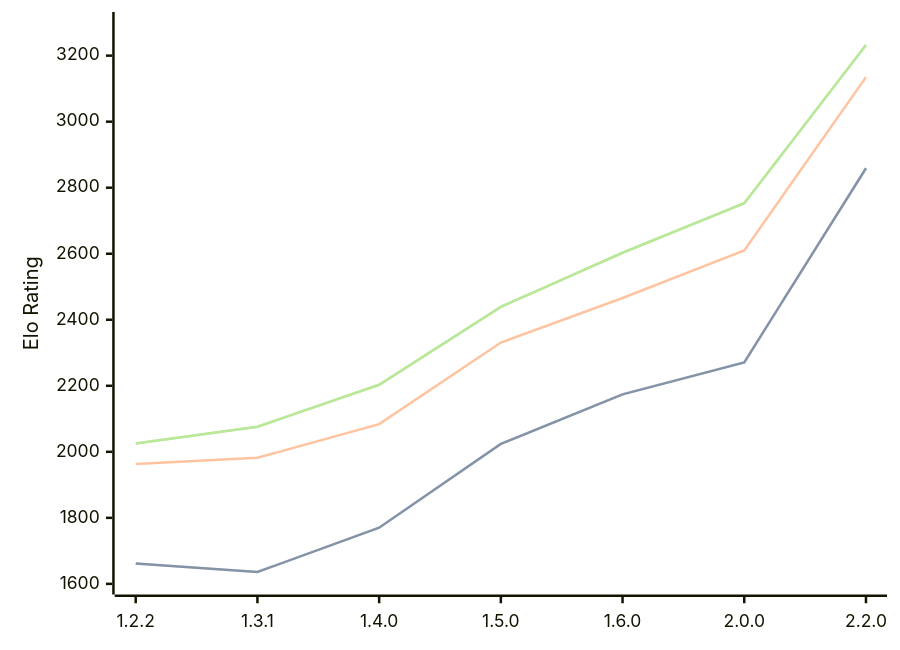
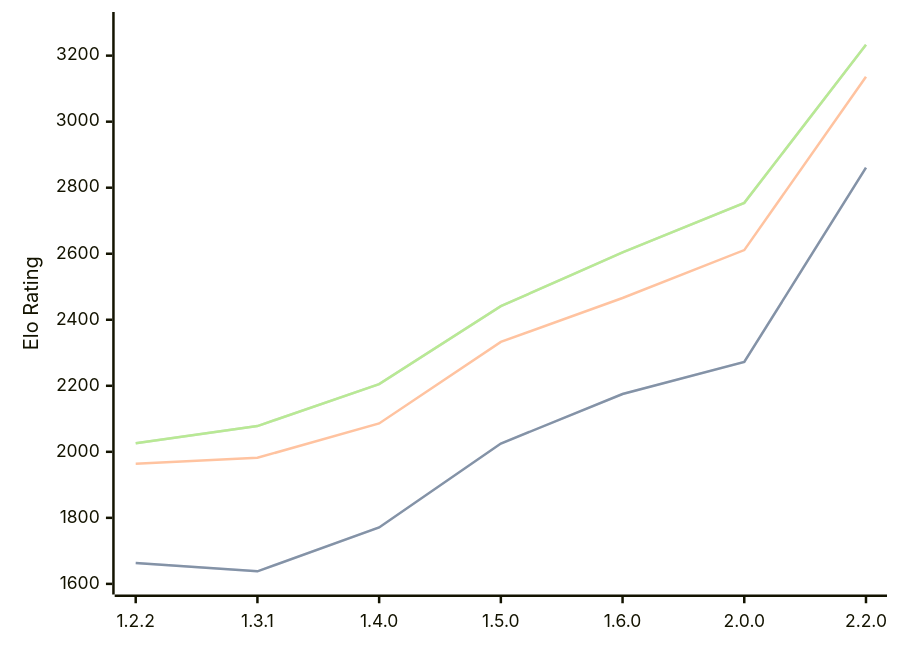
The diagram in engines/SoloEngine.md (computer-chess-index/cci), drawn with Mermaid before and after one commit. The commit also changed other lines of this file, not shown here.

Commit message:
Update CCI Ratings (ELO VLTC) - 2026-08-26

````diff
--- a/engines/SoloEngine.md
+++ b/engines/SoloEngine.md
@@ -38,11 +38,11 @@
 ```mermaid
 %%{init: {"theme":"base","themeVariables":{"seriesColors:['#a3a3a3','#222221','#faa371']}}}%%
 xychart-beta
   x-axis ["1.2.2", "1.3.1", "1.4.0", "1.5.0", "1.6.0", "2.0.0", "2.2.0"]
   y-axis "Elo Rating" 1600 --> 3300
-  line "STC (8.0+0.08s)" [1662, 1636, 1770, 2024, 2174, 2271, 2859]
-  line "STC (8.0+0.08s)" [1662, 1636, 1770, 2024, 2174, 2271, 2859]
-  line "LTC (60.0+0.60s)" [1963, 1982, 2084, 2331, 2466, 2610, 3135]
-  line "VLTC (2m24s+1.12s)" [2025, 2076, 2203, 2439, 2603, 2753, 3232]
-  line "VLTC (2m24s+1.12s)" [2025, 2076, 2203, 2439, 2603, 2753, 3232]
+  line "STC (8.0+0.08s)" [1663, 1638, 1771, 2025, 2175, 2272, 2861]
+  line "STC (8.0+0.08s)" [1663, 1638, 1771, 2025, 2175, 2272, 2861]
+  line "LTC (60.0+0.60s)" [1964, 1982, 2086, 2333, 2466, 2611, 3136]
+  line "VLTC (2m24s+1.12s)" [2026, 2078, 2205, 2441, 2604, 2754, 3233]
+  line "VLTC (2m24s+1.12s)" [2026, 2078, 2205, 2441, 2604, 2754, 3233]
 ```
````
